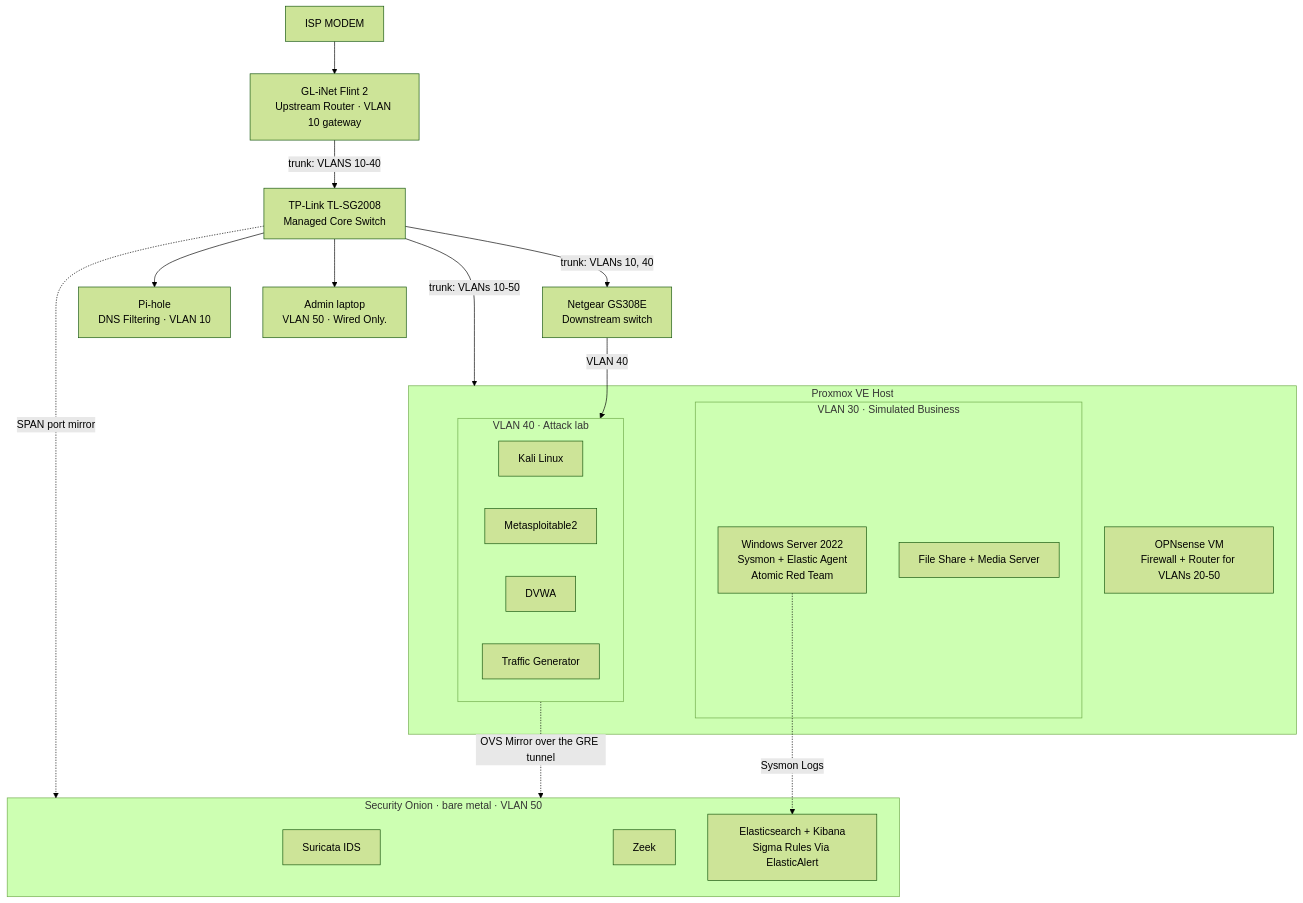
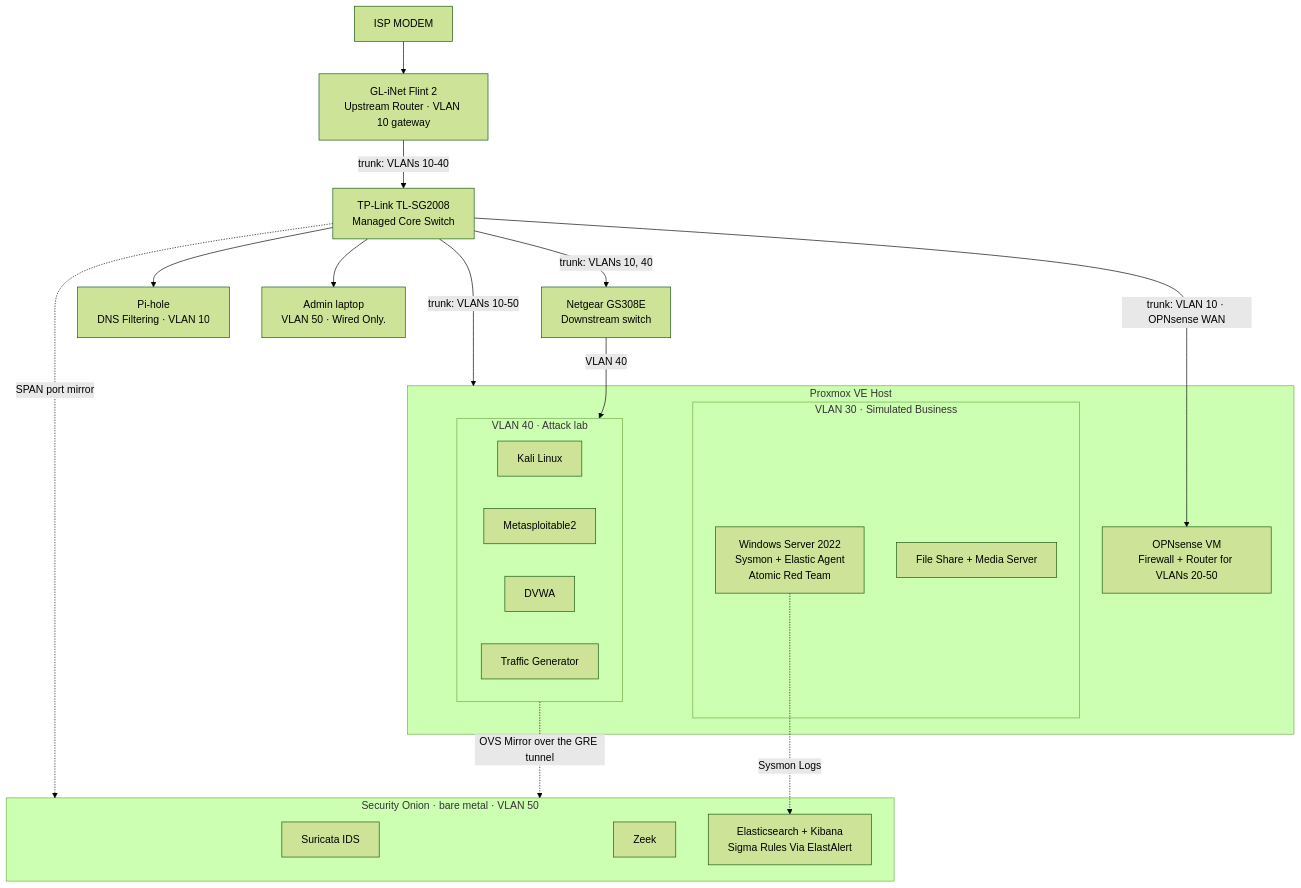
One commit to cormack42/soc-homelab changed the diagram in docs/architecture.md. Above: the diagram before and after it, drawn with Mermaid (forest theme). The commit also changed other lines of this file, not shown here.

```diff
--- a/docs/architecture.md
+++ b/docs/architecture.md
@@ -11,7 +11,7 @@
 
 %%Flint sends ONE cable (a trunk) to the TP-Link Switch.
 %%That cable carries VLANs 10-40, each tagged with its number.
-FLINT -->| trunk: VLANS 10-40| TPL[TP-Link TL-SG2008<br/>Managed Core Switch]
+FLINT -->| trunk: VLANs 10-40| TPL[TP-Link TL-SG2008<br/>Managed Core Switch]
 
 %%Everything below hangs off the TP-Link.
 
@@ -29,7 +29,7 @@
 
 %%-----------------Layer 2: Proxmox Host--------------------------
 
-%%Ome physical server runs the firewall and every lab machine in VMs/containers.
+%%One physical server runs the firewall and every lab machine in VMs/containers.
 
 %%The TP-Link trunks VLANs 10-50 into a single cable.
 
@@ -46,7 +46,7 @@
     FS[File Share + Media Server]
   end
 
-  %%VLAN 40 is the isolated attack range: an attacker bot, intentionally
+  %%VLAN 40 is the isolated attack range: an attacker box, intentionally
   %%Vulnerable targets, and a container that generates background traffic.
     subgraph V40[VLAN 40 · Attack lab]
       KALI[Kali Linux]
@@ -59,6 +59,9 @@
 TPL -->| trunk: VLANs 10-50| PVE
 
 %%The attack lab also has its own uplink from the netgear on a separate adapter.
+
+TPL -->| trunk: VLAN 10 · OPNsense WAN| OPN
+
 NG -->|VLAN 40| V40
 
 %%---------------Layer 3: Security Onion----------------------
@@ -68,10 +71,10 @@
 subgraph SO[Security Onion · bare metal · VLAN 50]
   SUR[Suricata IDS]
   ZEEL[Zeek]
-  ELK[Elasticsearch + Kibana<br/>Sigma Rules Via ElasticAlert]
+  ELK[Elasticsearch + Kibana<br/>Sigma Rules Via ElastAlert]
 end
 
-%%---------------------Layor 4: How Security Onion sees everything----------------------
+%%---------------------Layer 4: How Security Onion sees everything----------------------
 
 %%Dotted arrows = copies of traffic or logs, not normal network paths.
 
```
